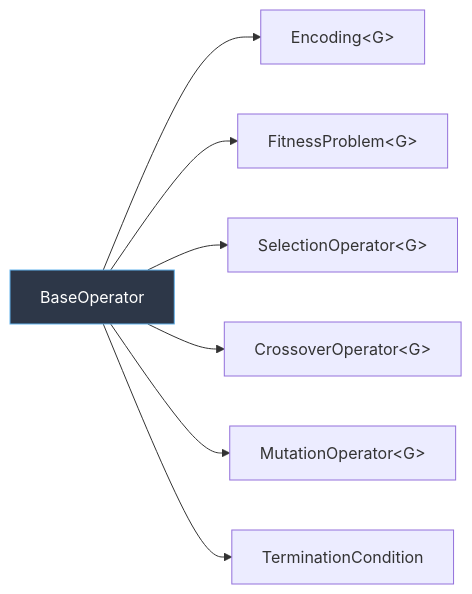
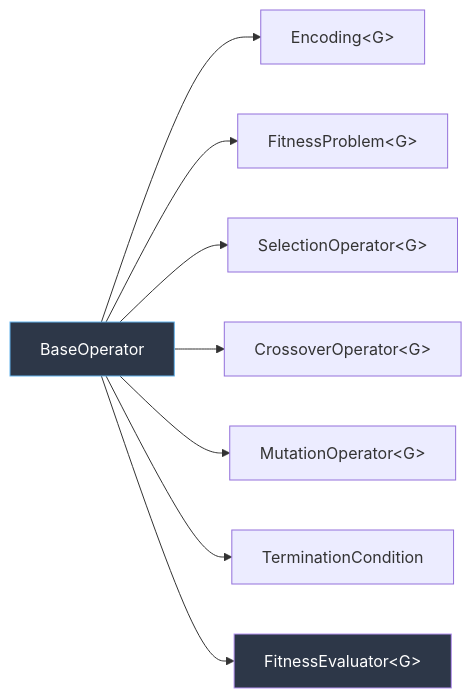
Before and after one commit to cwdcwd/genebaer: the second of 4 diagrams in docs/architecture.md, drawn with Mermaid. The commit also changed other lines of this file and 12 other files, not shown here.

````diff
--- a/docs/architecture.md
+++ b/docs/architecture.md
@@ -138,12 +138,14 @@
 ```mermaid
 graph LR
     BO["BaseOperator"]
     BO --> ENC["Encoding&lt;G&gt;"]
     BO --> PROB["FitnessProblem&lt;G&gt;"]
     BO --> SEL["SelectionOperator&lt;G&gt;"]
     BO --> CX["CrossoverOperator&lt;G&gt;"]
     BO --> MUT["MutationOperator&lt;G&gt;"]
     BO --> TERM["TerminationCondition"]
+    BO --> EVAL["FitnessEvaluator&lt;G&gt;"]
 
     style BO fill:#2d3748,stroke:#63b3ed,color:#fff
+    style EVAL fill:#2d3748,stroke:#b794f4,color:#fff
 ```
````
